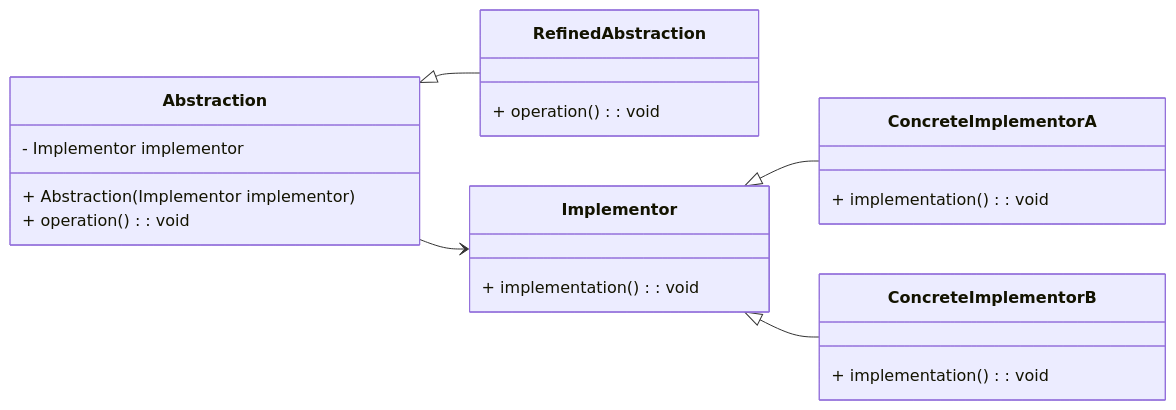
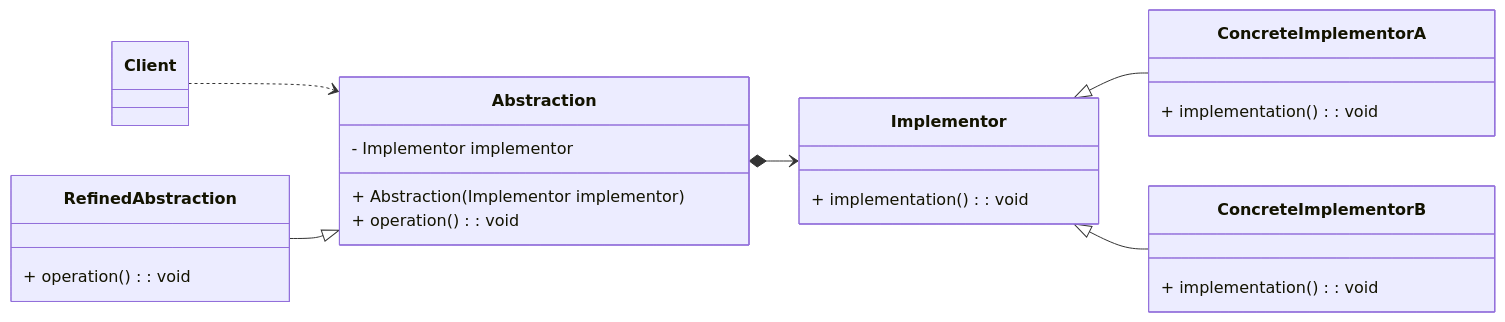
The second of 2 diagrams in README.md (TomSpencerLondon/JavaDesignPatterns), drawn with Mermaid before and after one commit. The commit also changed other lines of this file, not shown here.

````diff
--- a/README.md
+++ b/README.md
@@ -63,37 +63,50 @@
 ```mermaid
 classDiagram
-    direction LR
-
-    %% Abstraction
-    class Abstraction {
-        - Implementor implementor
-        + Abstraction(Implementor implementor)
-        + operation(): void
+    class Client {
     }
 
-    %% Refined Abstraction
+    direction LR
+    
+    class Abstraction {
+    - Implementor implementor
+    + Abstraction(Implementor implementor)
+    + operation(): void
+    }
+
+
+    %% Refined Abstraction directly below Abstraction
     class RefinedAbstraction {
         + operation(): void
     }
-
+    
     %% Implementor
     class Implementor {
         + implementation(): void
     }
 
     %% Concrete Implementors
     class ConcreteImplementorA {
         + implementation(): void
     }
 
     class ConcreteImplementorB {
         + implementation(): void
     }
 
-    %% Relationships
-    Abstraction <|-- RefinedAbstraction
-    Abstraction --> Implementor
+    %% Depends
+    Client ..> Abstraction
+    %% Inheritance
+    RefinedAbstraction --|> Abstraction
+    %% Composition
+    Abstraction *--> Implementor
     Implementor <|-- ConcreteImplementorA
     Implementor <|-- ConcreteImplementorB
-
+    
+    %% Inheritance: ClassA --|> ClassB
+    %% Composition: ClassA *-- ClassB
+    %% Aggregation: ClassA o-- ClassB
+    %% Association: ClassA -- ClassB
+    %% Dependency: ClassA ..> ClassB
+    %% Realization: ClassA ..|> InterfaceB
+%%
 ```
````
